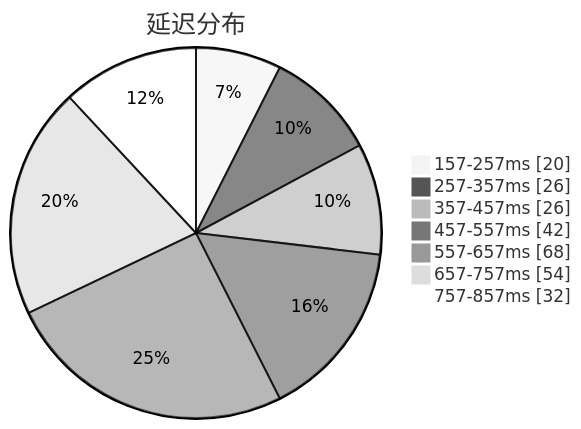
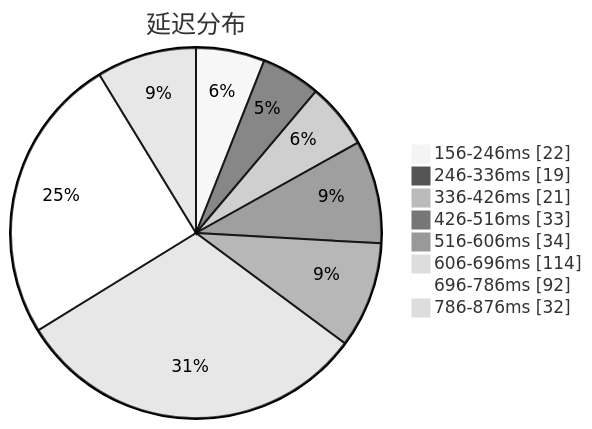
The first of 3 diagrams in subs/statistics/tested_within.md (qjlxg/airport), drawn with Mermaid (neutral theme) before and after one commit. The commit also changed other lines of this file and 2 other files, not shown here.

Commit message:
Tested by metaST

````diff
--- a/subs/statistics/tested_within.md
+++ b/subs/statistics/tested_within.md
@@ -2,11 +2,12 @@
 ```mermaid
 pie showData
 title 延迟分布
-"157-257ms" : 20
-"257-357ms" : 26
-"357-457ms" : 26
-"457-557ms" : 42
-"557-657ms" : 68
-"657-757ms" : 54
-"757-857ms" : 32
+"156-246ms" : 22
+"246-336ms" : 19
+"336-426ms" : 21
+"426-516ms" : 33
+"516-606ms" : 34
+"606-696ms" : 114
+"696-786ms" : 92
+"786-876ms" : 32
 ```
````
